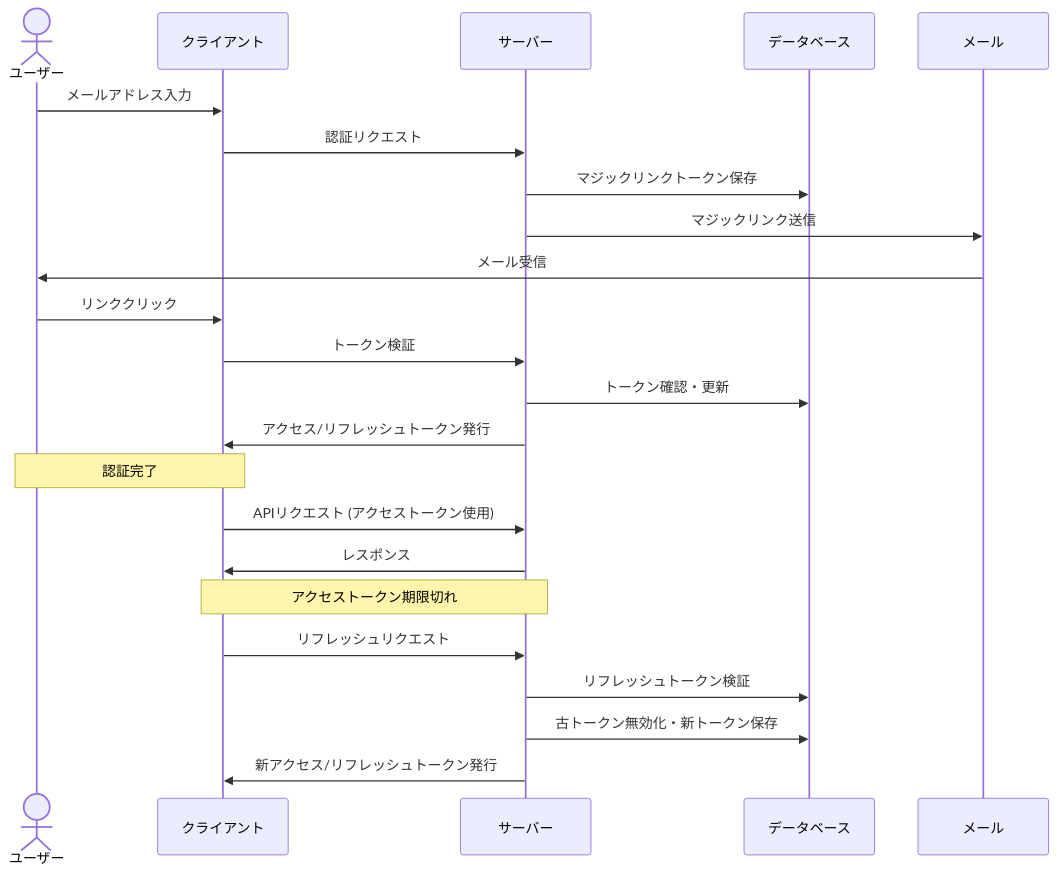
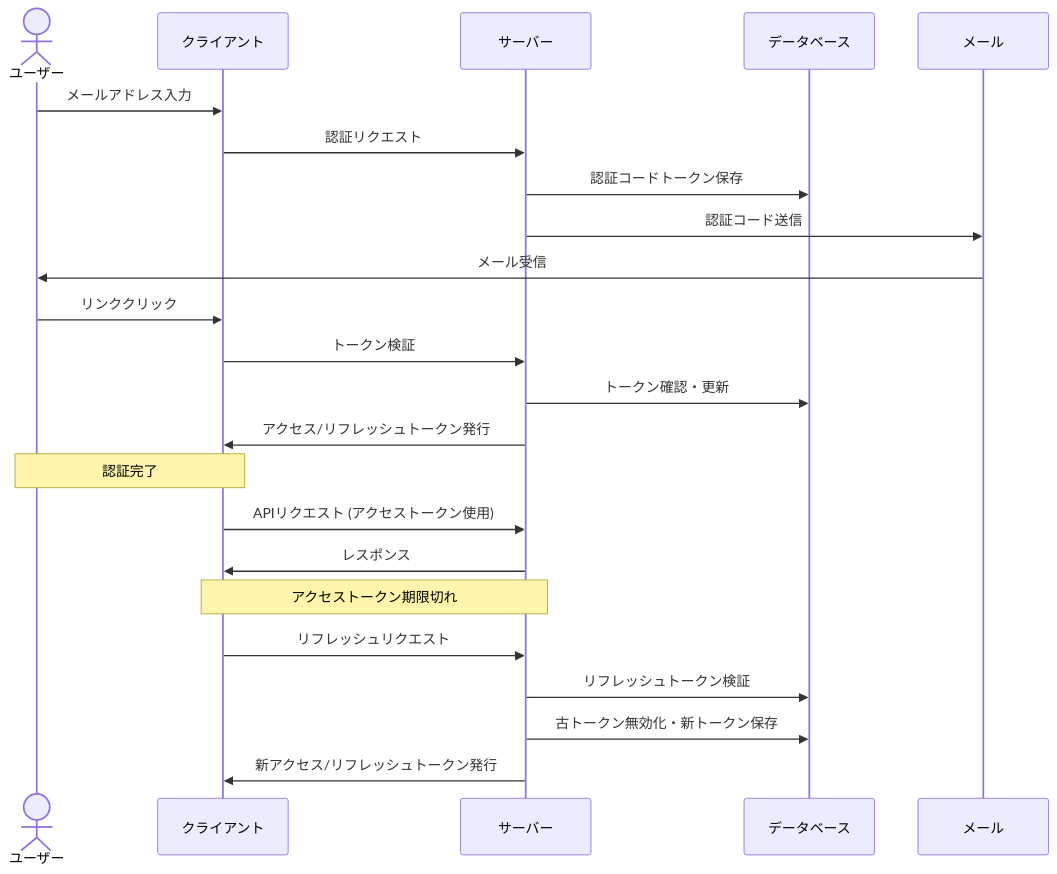
The diagram in docs/spec.md (kfly8-sandbox/sample-auth-magiclink), drawn with Mermaid before and after one commit. The commit also changed other lines of this file and 5 other files, not shown here.

````diff
--- a/docs/spec.md
+++ b/docs/spec.md
@@ -5,30 +5,30 @@
 ```mermaid
 sequenceDiagram
     actor User as ユーザー
     participant Client as クライアント
     participant Server as サーバー
     participant DB as データベース
     participant Email as メール
 
     User->>Client: メールアドレス入力
     Client->>Server: 認証リクエスト
-    Server->>DB: マジックリンクトークン保存
-    Server->>Email: マジックリンク送信
+    Server->>DB: 認証コードトークン保存
+    Server->>Email: 認証コード送信
     Email->>User: メール受信
     User->>Client: リンククリック
     Client->>Server: トークン検証
     Server->>DB: トークン確認・更新
     Server->>Client: アクセス/リフレッシュトークン発行
     
     Note over User,Client: 認証完了
 
     Client->>Server: APIリクエスト (アクセストークン使用)
     Server->>Client: レスポンス
     
     Note over Client,Server: アクセストークン期限切れ
 
     Client->>Server: リフレッシュリクエスト
     Server->>DB: リフレッシュトークン検証
     Server->>DB: 古トークン無効化・新トークン保存
     Server->>Client: 新アクセス/リフレッシュトークン発行
 ```
````
